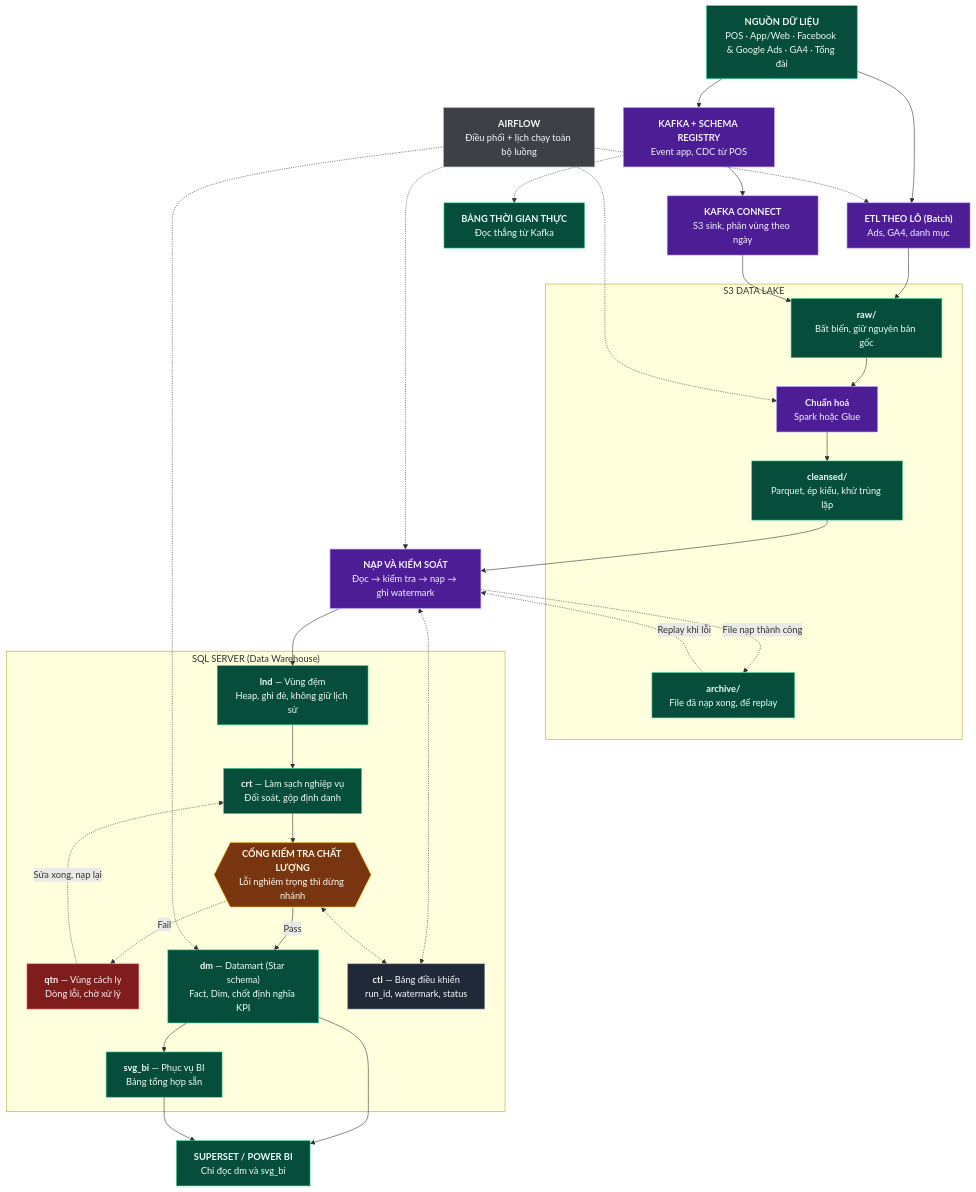
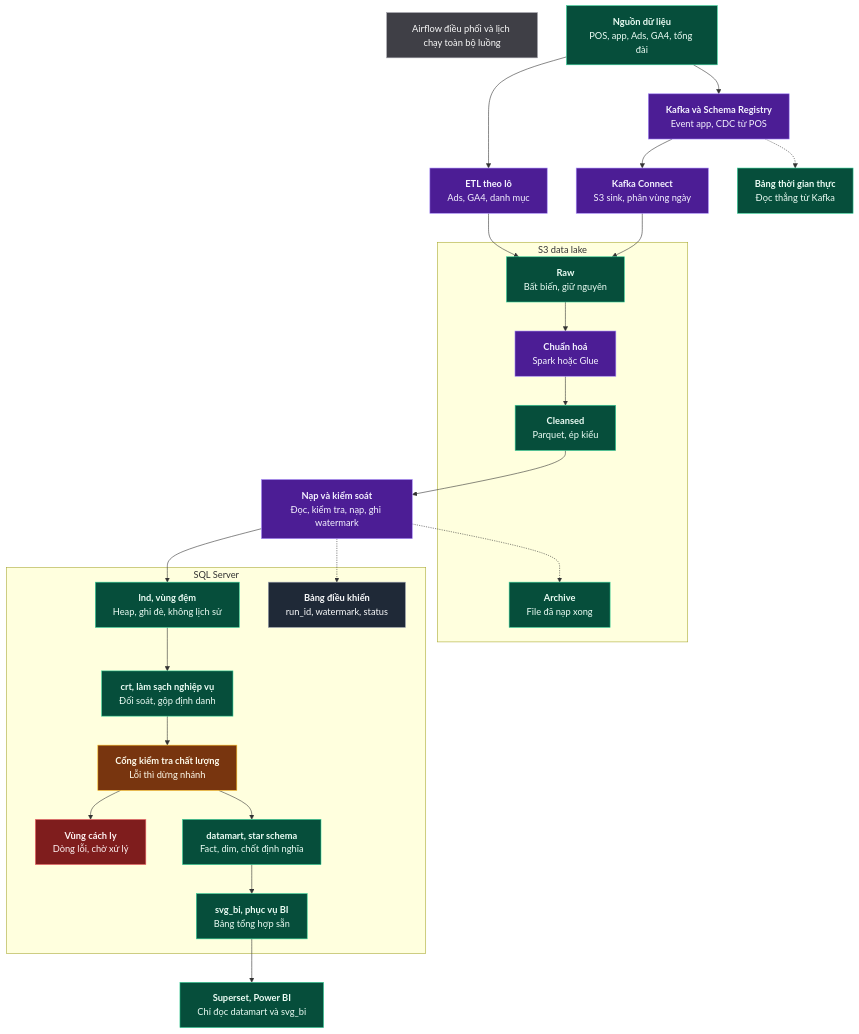
One commit to sonnguyen118/facialbar-dbt changed the first of 7 diagrams in Flow.md. Above: the diagram before and after it, drawn with Mermaid. The commit also changed other lines of this file and 17 other files, not shown here.

````diff
--- a/Flow.md
+++ b/Flow.md
@@ -50,63 +57,56 @@
 ```mermaid
 flowchart TD
-    AF["<b>AIRFLOW</b><br/>Điều phối + lịch chạy toàn bộ luồng"]:::orch
+    AF["Airflow điều phối và lịch chạy toàn bộ luồng"]:::orch
 
-    SRC["<b>NGUỒN DỮ LIỆU</b><br/>POS · App/Web · Facebook & Google Ads · GA4 · Tổng đài"]:::store
+    SRC["<b>Nguồn dữ liệu</b><br/>POS, app, Ads, GA4, tổng đài"]:::store
 
-    ETL["<b>ETL THEO LÔ (Batch)</b><br/>Ads, GA4, danh mục"]:::proc
-    KFK["<b>KAFKA + SCHEMA REGISTRY</b><br/>Event app, CDC từ POS"]:::proc
-    KC["<b>KAFKA CONNECT</b><br/>S3 sink, phân vùng theo ngày"]:::proc
+    ETL["<b>ETL theo lô</b><br/>Ads, GA4, danh mục"]:::proc
+    KFK["<b>Kafka và Schema Registry</b><br/>Event app, CDC từ POS"]:::proc
+    KC["<b>Kafka Connect</b><br/>S3 sink, phân vùng ngày"]:::proc
 
-    subgraph LAKE["S3 DATA LAKE"]
-        RAW["<b>raw/</b><br/>Bất biến, giữ nguyên bản gốc"]:::store
+    subgraph LAKE["S3 data lake"]
+        RAW["<b>Raw</b><br/>Bất biến, giữ nguyên"]:::store
         STD["<b>Chuẩn hoá</b><br/>Spark hoặc Glue"]:::proc
-        CLN["<b>cleansed/</b><br/>Parquet, ép kiểu, khử trùng lặp"]:::store
-        ARC["<b>archive/</b><br/>File đã nạp xong, để replay"]:::store
+        CLN["<b>Cleansed</b><br/>Parquet, ép kiểu"]:::store
+        ARC["<b>Archive</b><br/>File đã nạp xong"]:::store
     end
 
-    LOAD["<b>NẠP VÀ KIỂM SOÁT</b><br/>Đọc → kiểm tra → nạp → ghi watermark"]:::proc
+    LOAD["<b>Nạp và kiểm soát</b><br/>Đọc, kiểm tra, nạp, ghi watermark"]:::proc
 
-    subgraph DWH["SQL SERVER (Data Warehouse)"]
-        LND["<b>lnd</b> — Vùng đệm<br/>Heap, ghi đè, không giữ lịch sử"]:::store
-        CRT["<b>crt</b> — Làm sạch nghiệp vụ<br/>Đối soát, gộp định danh"]:::store
-        GATE{{"<b>CỔNG KIỂM TRA CHẤT LƯỢNG</b><br/>Lỗi nghiêm trọng thì dừng nhánh"}}:::gate
-        QTN["<b>qtn</b> — Vùng cách ly<br/>Dòng lỗi, chờ xử lý"]:::error
-        DM["<b>dm</b> — Datamart (Star schema)<br/>Fact, Dim, chốt định nghĩa KPI"]:::store
-        BI["<b>svg_bi</b> — Phục vụ BI<br/>Bảng tổng hợp sẵn"]:::store
-        CTL["<b>ctl</b> — Bảng điều khiển<br/>run_id, watermark, status"]:::ctlbox
+    subgraph DWH["SQL Server"]
+        LND["<b>lnd, vùng đệm</b><br/>Heap, ghi đè, không lịch sử"]:::store
+        CRT["<b>crt, làm sạch nghiệp vụ</b><br/>Đối soát, gộp định danh"]:::store
+        GATE["<b>Cổng kiểm tra chất lượng</b><br/>Lỗi thì dừng nhánh"]:::gate
+        QTN["<b>Vùng cách ly</b><br/>Dòng lỗi, chờ xử lý"]:::error
+        DM["<b>datamart, star schema</b><br/>Fact, dim, chốt định nghĩa"]:::store
+        BI["<b>svg_bi, phục vụ BI</b><br/>Bảng tổng hợp sẵn"]:::store
+        CTL["<b>Bảng điều khiển</b><br/>run_id, watermark, status"]:::ctlbox
     end
 
-    CONS["<b>SUPERSET / POWER BI</b><br/>Chỉ đọc dm và svg_bi"]:::store
-    RT["<b>BẢNG THỜI GIAN THỰC</b><br/>Đọc thẳng từ Kafka"]:::store
+    CONS["<b>Superset, Power BI</b><br/>Chỉ đọc datamart và svg_bi"]:::store
+    RT["<b>Bảng thời gian thực</b><br/>Đọc thẳng từ Kafka"]:::store
 
+    %% 15 mũi tên nét liền
     SRC --> ETL
     SRC --> KFK
     KFK --> KC
     ETL --> RAW
     KC --> RAW
     RAW --> STD --> CLN
     CLN --> LOAD
     LOAD --> LND --> CRT --> GATE
-    GATE -->|"Pass"| DM --> BI
-    GATE -.->|"Fail"| QTN
-    QTN -.->|"Sửa xong, nạp lại"| CRT
-    LOAD -.->|"File nạp thành công"| ARC
-    ARC -.->|"Replay khi lỗi"| LOAD
-    DM --> CONS
-    BI --> CONS
+    GATE --> QTN
+    GATE --> DM --> BI --> CONS
+
+    %% 3 mũi tên nét đứt
+    LOAD -.-> ARC
+    LOAD -.-> CTL
     KFK -.-> RT
-
-    AF -.-> ETL
-    AF -.-> STD
-    AF -.-> LOAD
-    AF -.-> DM
-    LOAD <-.-> CTL
-    GATE <-.-> CTL
 
     classDef orch fill:#3f3f46,stroke:#a1a1aa,color:#fafafa
     classDef proc fill:#4c1d95,stroke:#a78bfa,color:#f5f3ff
     classDef store fill:#064e3b,stroke:#34d399,color:#ecfdf5
     classDef gate fill:#78350f,stroke:#fbbf24,color:#fffbeb
     classDef error fill:#7f1d1d,stroke:#f87171,color:#fef2f2
     classDef ctlbox fill:#1f2937,stroke:#9ca3af,color:#f9fafb
 ```
````
